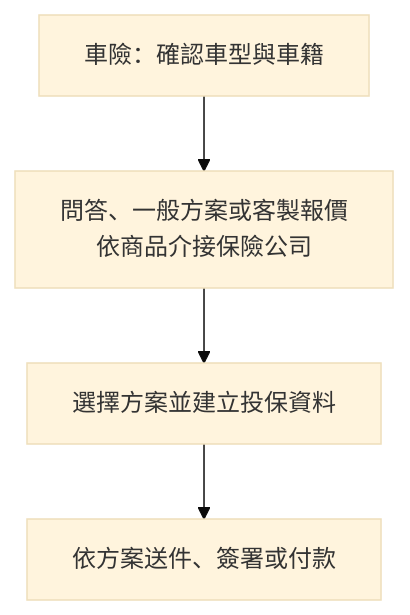
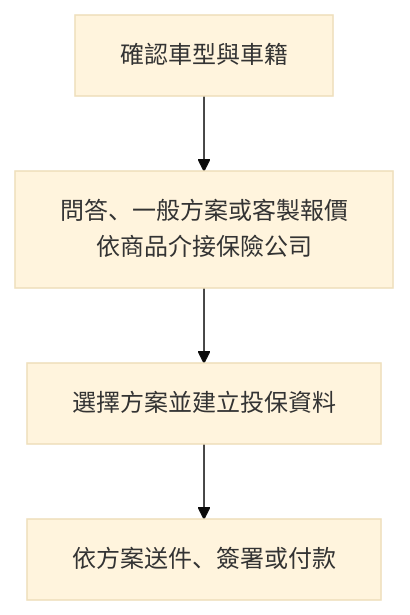
One commit to highhao/insurance-saas-platform changed the first of 3 diagrams in README.md. Above: the diagram before and after it, drawn with Mermaid (base theme). The commit also changed other lines of this file and 1 other file, not shown here.

````diff
--- a/README.md
+++ b/README.md
@@ -11,6 +13,6 @@
 ```mermaid
 flowchart TB
-    A[車險：確認車型與車籍] --> B[問答、一般方案或客製報價<br/>依商品介接保險公司]
+    A[確認車型與車籍] --> B[問答、一般方案或客製報價<br/>依商品介接保險公司]
     B --> C[選擇方案並建立投保資料]
     C --> D[依方案送件、簽署或付款]
 ```
````
